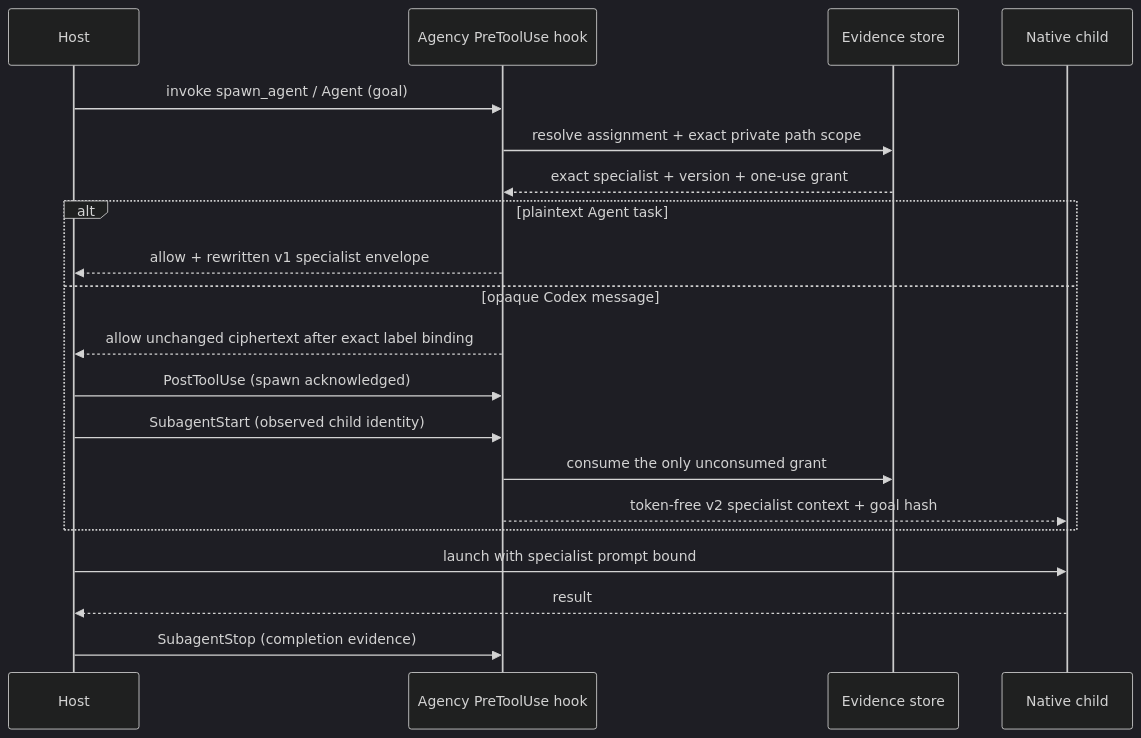
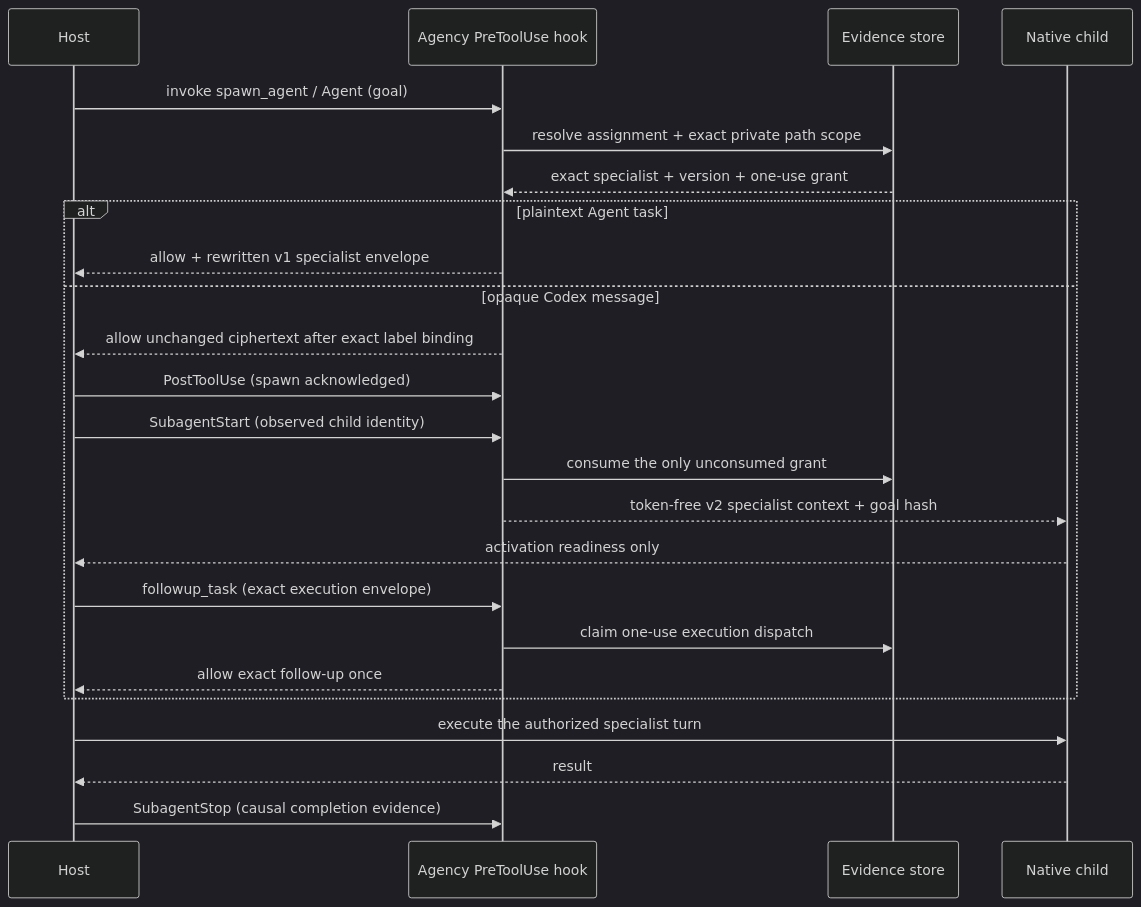
Before and after one commit to Holeshot-Software-LLC/agency-runtime: the second of 2 diagrams in README.md, drawn with Mermaid (dark theme). The commit also changed other lines of this file and 37 other files, not shown here.

Commit message:
fix(ar-223): require explicit Codex child execution

````diff
--- a/README.md
+++ b/README.md
@@ -193,22 +203,26 @@
 ```mermaid
 sequenceDiagram
     participant Host
     participant Hook as Agency PreToolUse hook
     participant Store as Evidence store
     participant Child as Native child
     Host->>Hook: invoke spawn_agent / Agent (goal)
     Hook->>Store: resolve assignment + exact private path scope
     Store-->>Hook: exact specialist + version + one-use grant
     alt plaintext Agent task
         Hook-->>Host: allow + rewritten v1 specialist envelope
     else opaque Codex message
         Hook-->>Host: allow unchanged ciphertext after exact label binding
         Host->>Hook: PostToolUse (spawn acknowledged)
         Host->>Hook: SubagentStart (observed child identity)
         Hook->>Store: consume the only unconsumed grant
         Hook-->>Child: token-free v2 specialist context + goal hash
+        Child-->>Host: activation readiness only
+        Host->>Hook: followup_task (exact execution envelope)
+        Hook->>Store: claim one-use execution dispatch
+        Hook-->>Host: allow exact follow-up once
     end
-    Host->>Child: launch with specialist prompt bound
+    Host->>Child: execute the authorized specialist turn
     Child-->>Host: result
-    Host->>Hook: SubagentStop (completion evidence)
+    Host->>Hook: SubagentStop (causal completion evidence)
 ```
````
